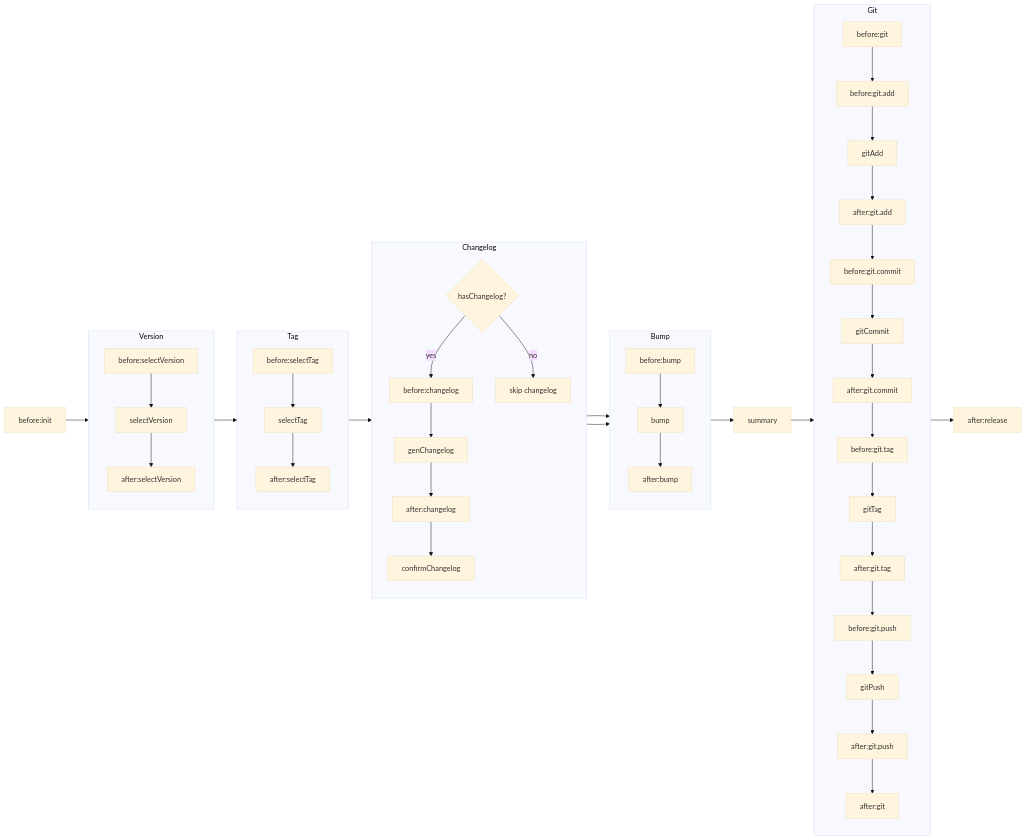
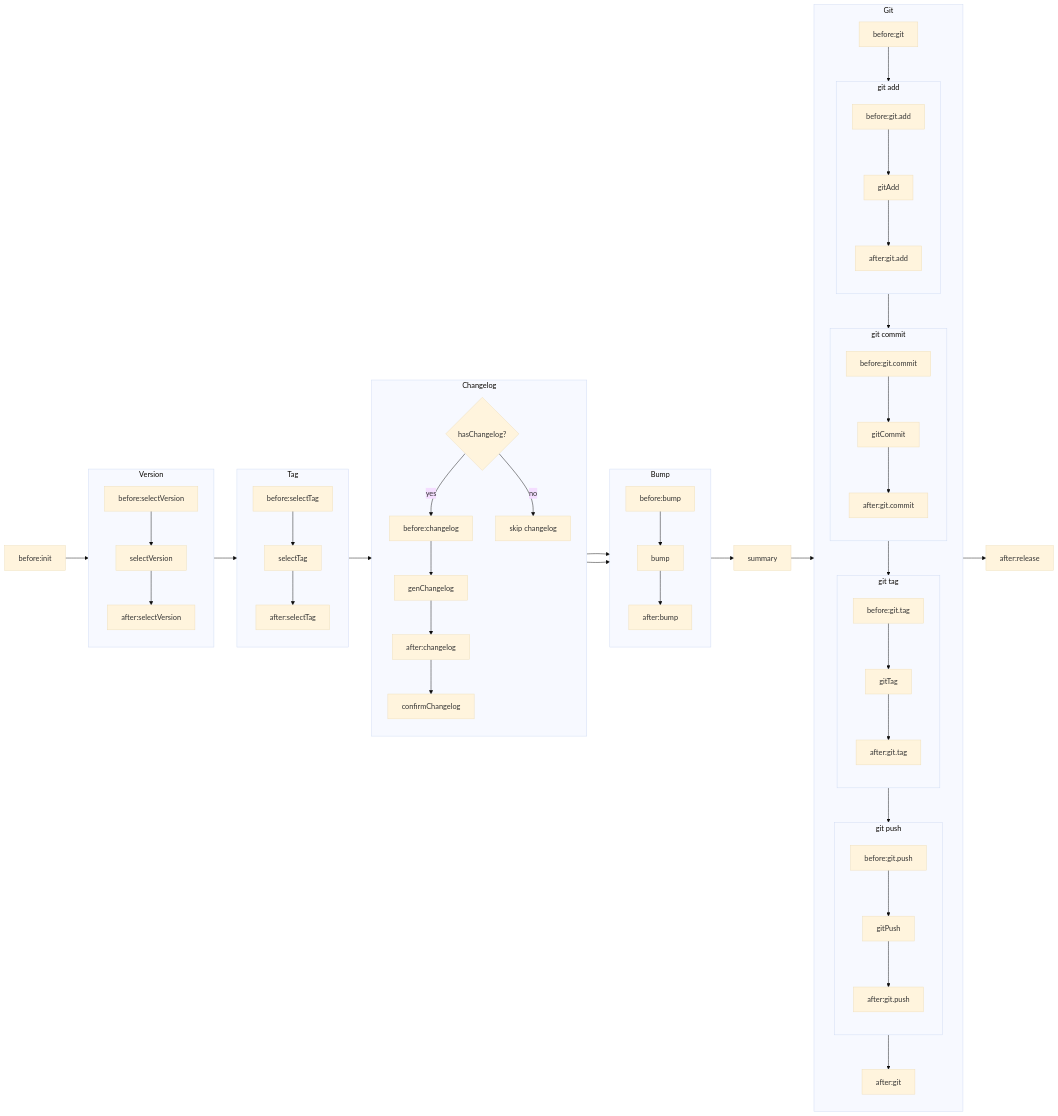
Before and after one commit to smarty-release/smarty-release: the diagram in docs/reference/lifecycle.md, drawn with Mermaid (base theme). The commit also changed 3 other files, not shown here.

````diff
--- a/docs/reference/lifecycle.md
+++ b/docs/reference/lifecycle.md
@@ -5,61 +5,77 @@
 ```mermaid
 flowchart LR
 
   %% init
   A[before:init]
 
   %% selectVersion 阶段
   subgraph Version
     direction TB
     H2[before:selectVersion] --> E[selectVersion] --> H3[after:selectVersion]
   end
 
   %% selectTag 阶段
   subgraph Tag
     direction TB
     H4[before:selectTag] --> F[selectTag] --> H5[after:selectTag]
   end
 
   %% changelog 阶段
   subgraph Changelog
     direction TB
     G{hasChangelog?}
     G -->|yes| H6[before:changelog] --> I[genChangelog] --> H7[after:changelog] --> J[confirmChangelog]
     G -->|no| K[skip changelog]
   end
 
   %% bump 阶段
   subgraph Bump
     direction TB
     H8[before:bump] --> M[bump] --> H9[after:bump]
   end
 
   %% summary
   N[summary]
 
   %% git 阶段
   subgraph Git
     direction TB
     H10[before:git]
 
-    H10 --> H11[before:git.add] --> O[gitAdd] --> H12[after:git.add]
-    H12 --> H13[before:git.commit] --> P[gitCommit] --> H14[after:git.commit]
-    H14 --> H15[before:git.tag] --> Q[gitTag] --> H16[after:git.tag]
-    H16 --> H17[before:git.push] --> R[gitPush] --> H18[after:git.push]
+  subgraph git add
+    direction TB
+    H11[before:git.add] --> O[gitAdd] --> H12[after:git.add]
+  end
+  subgraph git commit
+    direction TB
+    H13[before:git.commit] --> P[gitCommit] --> H14[after:git.commit]
+  end
+  subgraph git tag
+    direction TB
+    H15[before:git.tag] --> Q[gitTag] --> H16[after:git.tag]
+  end
+  subgraph git push
+    direction TB
+    H17[before:git.push] --> R[gitPush] --> H18[after:git.push]
+  end
 
     H18 --> H19[after:git]
   end
 
   %% end
   S[after:release]
 
   %% 主流程连接
   A --> H2
   H3 --> H4
   H5 --> G
   J --> H8
   K --> H8
   H9 --> N
   N --> H10
   H19 --> S
+  H10 --> H11
+  H12 --> H13
+  H14 --> H15
+  H16 --> H17
 ```
````
